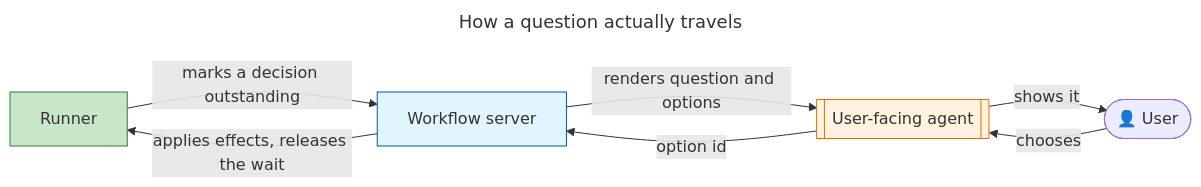
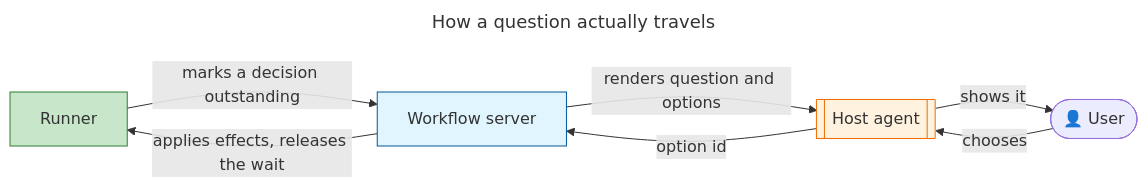
One commit to m2ux/workflow-server changed the fourth of 15 diagrams in artifacts/planning/2026-08-28-runner-execution-protocol/README.md. Above: the diagram before and after it, drawn with Mermaid. The commit also changed other lines of this file, not shown here.

````diff
--- a/artifacts/planning/2026-08-28-runner-execution-protocol/README.md
+++ b/artifacts/planning/2026-08-28-runner-execution-protocol/README.md
@@ -235,16 +267,16 @@
 ```mermaid
 ---
 title: How a question actually travels
 ---
 flowchart LR
     R[Runner] -->|marks a decision outstanding| S[Workflow server]
-    S -->|renders question and options| UFA[[User-facing agent]]
+    S -->|renders question and options| UFA[[Host agent]]
     UFA -->|shows it| U([👤 User])
     U -->|chooses| UFA
     UFA -->|option id| S
     S -->|applies effects, releases the wait| R
 
     style R fill:#c8e6c9,stroke:#2e7d32
     style S fill:#e1f5fe,stroke:#01579b
     style UFA fill:#fff3e0,stroke:#ef6c00
 ```
````
